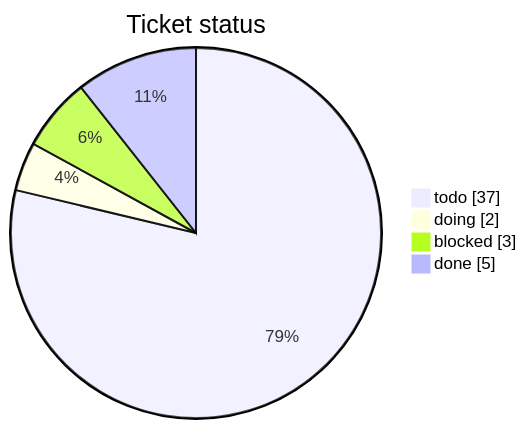
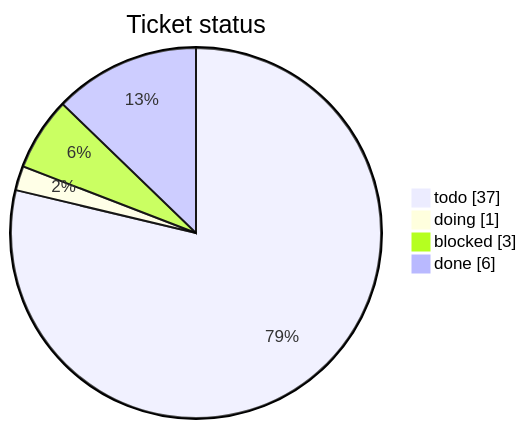
One commit to mohamed-soubhi/bootlab-esp changed the first of 3 diagrams in tickets/TICKETS.md. Above: the diagram before and after it, drawn with Mermaid. The commit also changed other lines of this file and 3 other files, not shown here.

````diff
--- a/tickets/TICKETS.md
+++ b/tickets/TICKETS.md
@@ -10,7 +10,7 @@
 ```mermaid
 pie showData title Ticket status
     "todo" : 37
-    "doing" : 2
+    "doing" : 1
     "blocked" : 3
-    "done" : 5
+    "done" : 6
 ```
````
